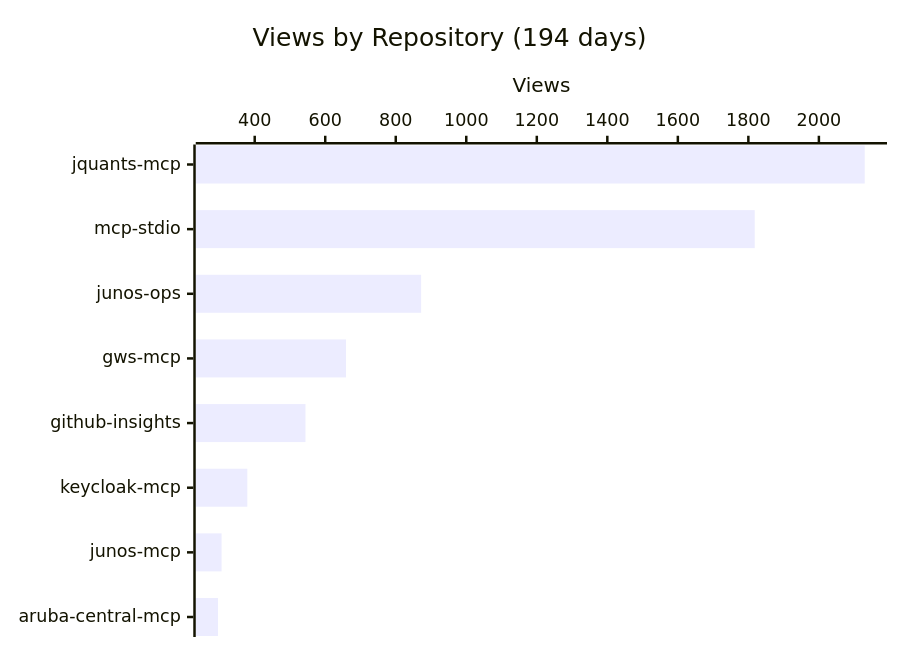
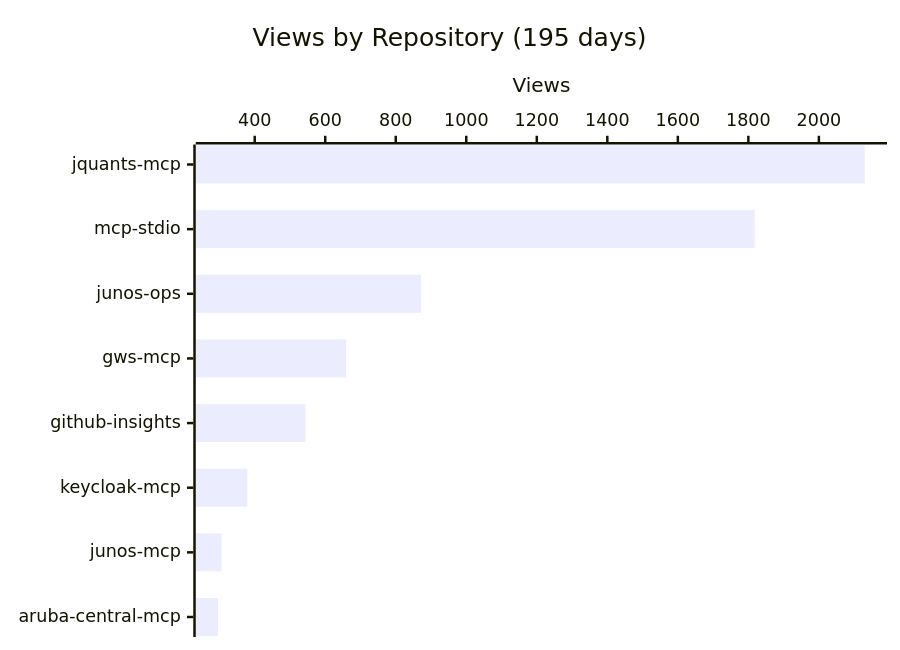
Before and after one commit to shigechika/github-insights: the first of 4 diagrams in README.md, drawn with Mermaid. The commit also changed other lines of this file and 2 other files, not shown here.

````diff
--- a/README.md
+++ b/README.md
@@ -18,7 +18,7 @@
 ```mermaid
 xychart-beta horizontal
-    title "Views by Repository (194 days)"
+    title "Views by Repository (195 days)"
     x-axis ["jquants-mcp", "mcp-stdio", "junos-ops", "gws-mcp", "github-insights", "keycloak-mcp", "junos-mcp", "aruba-central-mcp"]
     y-axis "Views"
     bar [2130, 1818, 872, 659, 544, 379, 306, 296]
 ```
````
